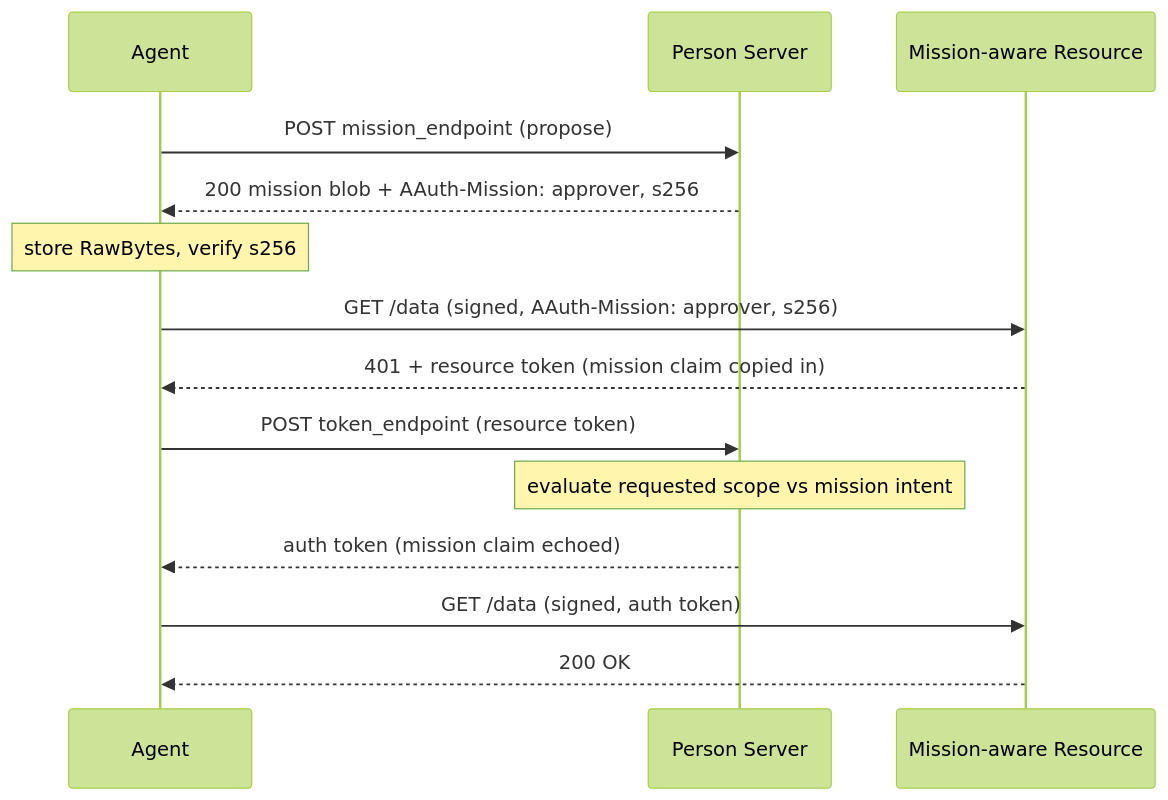
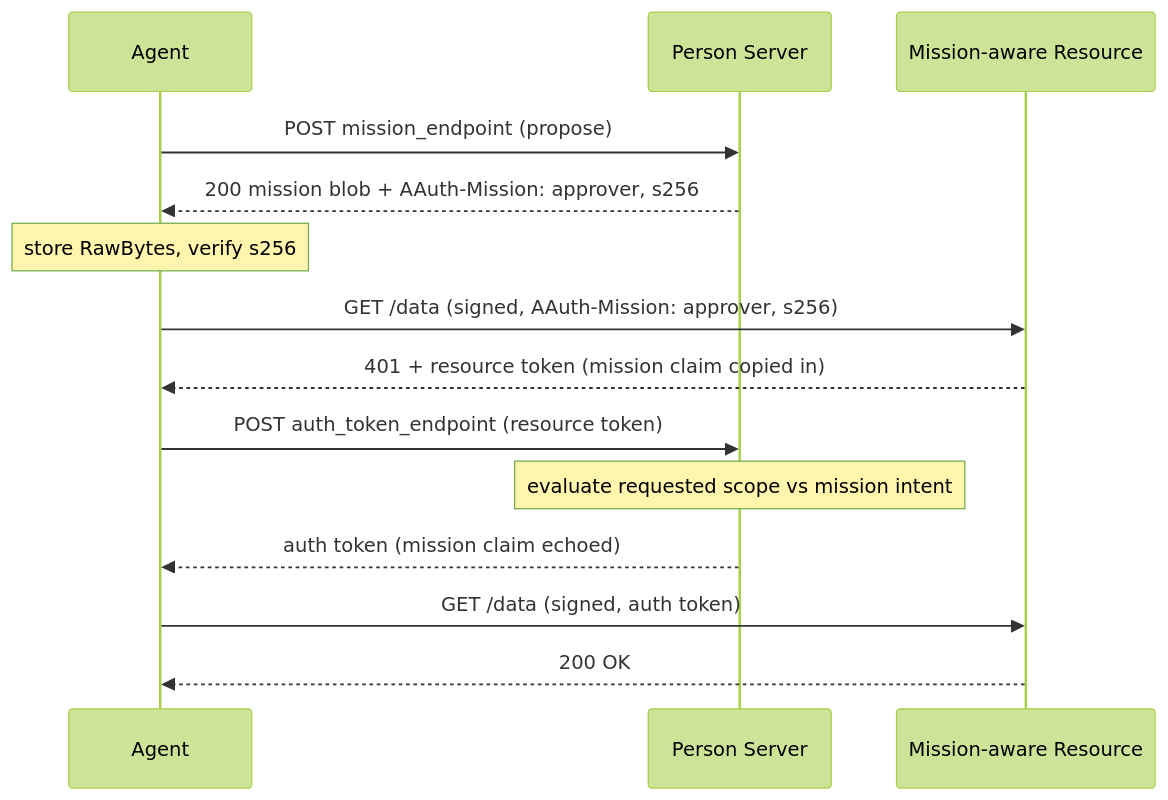
Before and after one commit to aauth-dev/dotnet-samples: the diagram in docs/advanced/missions.md, drawn with Mermaid (forest theme). The commit also changed 83 other files, not shown here.

````diff
--- a/docs/advanced/missions.md
+++ b/docs/advanced/missions.md
@@ -178,18 +178,18 @@
 ```mermaid
 sequenceDiagram
     participant Agent
     participant PS as Person Server
     participant Resource as Mission-aware Resource
 
     Agent->>PS: POST mission_endpoint (propose)
     PS-->>Agent: 200 mission blob + AAuth-Mission: approver, s256
     Note over Agent: store RawBytes, verify s256
 
     Agent->>Resource: GET /data (signed, AAuth-Mission: approver, s256)
     Resource-->>Agent: 401 + resource token (mission claim copied in)
-    Agent->>PS: POST token_endpoint (resource token)
+    Agent->>PS: POST auth_token_endpoint (resource token)
     Note over PS: evaluate requested scope vs mission intent
     PS-->>Agent: auth token (mission claim echoed)
     Agent->>Resource: GET /data (signed, auth token)
     Resource-->>Agent: 200 OK
 ```
````
